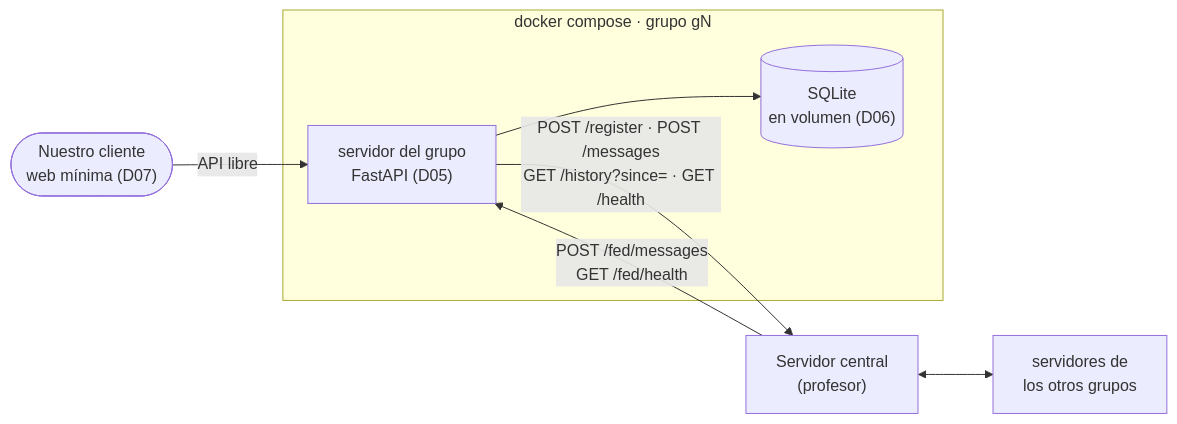
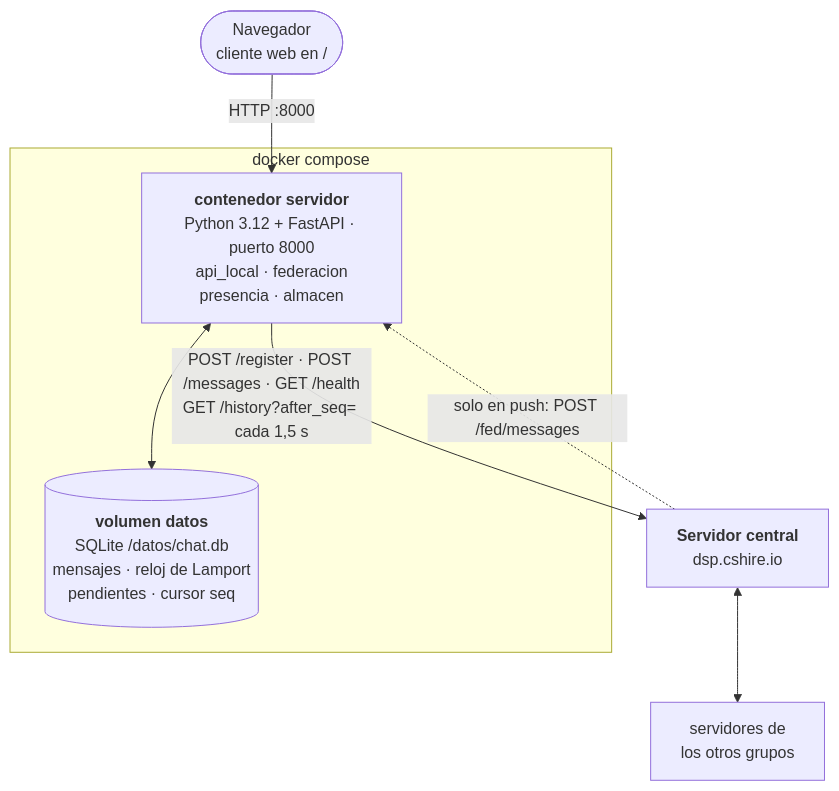
One commit to Maria-Fernanda-Ruiz/Chat-distribuido changed the second of 2 diagrams in README.md. Above: the diagram before and after it, drawn with Mermaid. The commit also changed other lines of this file and 1 other file, not shown here.

First line of the commit message:
docs: README de despliegue y diagrama de arquitectura

````diff
--- a/README.md
+++ b/README.md
@@ -59,10 +62,15 @@
 ```mermaid
-flowchart LR
-    CL(["Nuestro cliente<br/>web mínima (D07)"]) -->|"API libre"| SV
-    subgraph DC["docker compose · grupo gN"]
-        SV["servidor del grupo<br/>FastAPI (D05)"] --> DB[("SQLite<br/>en volumen (D06)")]
+flowchart TB
+    NAV(["Navegador<br/>cliente web en /"])
+    subgraph EQ["docker compose"]
+        SV["<b>contenedor servidor</b><br/>Python 3.12 + FastAPI · puerto 8000<br/>api_local · federacion<br/>presencia · almacen"]
+        VOL[("<b>volumen datos</b><br/>SQLite /datos/chat.db<br/>mensajes · reloj de Lamport<br/>pendientes · cursor seq")]
+        SV <--> VOL
     end
-    SV -->|"POST /register · POST /messages<br/>GET /history?since= · GET /health"| CE["Servidor central<br/>(profesor)"]
-    CE -->|"POST /fed/messages<br/>GET /fed/health"| SV
-    CE <--> OT["servidores de<br/>los otros grupos"]
+    CE["<b>Servidor central</b><br/>dsp.cshire.io"]
+    OT["servidores de<br/>los otros grupos"]
+    NAV -->|"HTTP :8000"| SV
+    SV -->|"POST /register · POST /messages · GET /health<br/>GET /history?after_seq= cada 1,5 s"| CE
+    CE -.->|"solo en push: POST /fed/messages"| SV
+    CE <--> OT
 ```
````
